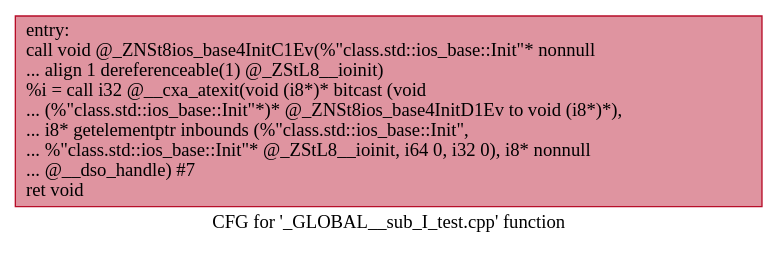
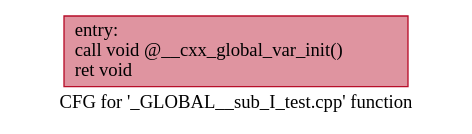
The diagram in IR/cfg/._GLOBAL__sub_I_test.cpp.dot (HPSSA-LLVM/HPSSA-LLVM), drawn with Graphviz before and after one commit. The commit also changed 19 other files, not shown here.

```diff
--- a/IR/cfg/._GLOBAL__sub_I_test.cpp.dot
+++ b/IR/cfg/._GLOBAL__sub_I_test.cpp.dot
@@ -1,5 +1,5 @@
 digraph "CFG for '_GLOBAL__sub_I_test.cpp' function" {
 	label="CFG for '_GLOBAL__sub_I_test.cpp' function";
 
-	Node0x5594aeb73570 [shape=record,color="#b70d28ff", style=filled, fillcolor="#b70d2870",label="{entry:\l  call void @_ZNSt8ios_base4InitC1Ev(%\"class.std::ios_base::Init\"* nonnull\l... align 1 dereferenceable(1) @_ZStL8__ioinit)\l  %i = call i32 @__cxa_atexit(void (i8*)* bitcast (void\l... (%\"class.std::ios_base::Init\"*)* @_ZNSt8ios_base4InitD1Ev to void (i8*)*),\l... i8* getelementptr inbounds (%\"class.std::ios_base::Init\",\l... %\"class.std::ios_base::Init\"* @_ZStL8__ioinit, i64 0, i32 0), i8* nonnull\l... @__dso_handle) #7\l  ret void\l}"];
+	Node0x55a1da05f820 [shape=record,color="#b70d28ff", style=filled, fillcolor="#b70d2870",label="{entry:\l  call void @__cxx_global_var_init()\l  ret void\l}"];
 }
```
